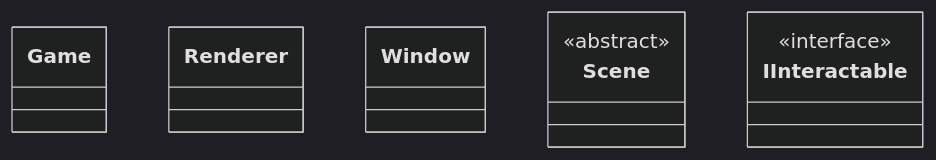
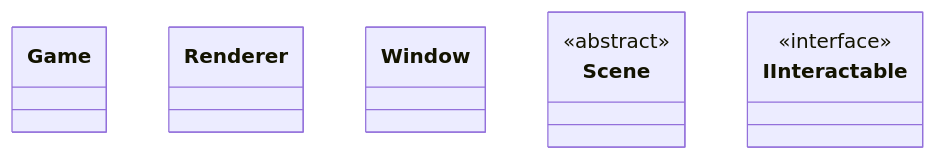
One commit to bartshin/KGA_OOPConsoleProject changed the diagram in README.md. Above: the diagram before and after it, drawn with Mermaid.

````diff
--- a/README.md
+++ b/README.md
@@ -54,22 +54,21 @@
 ```mermaid
-%%{ init: { 'theme': 'dark' } }%%
 classDiagram
 
-	class Game {
-	
-	}
+  class Game {
+  
+  }
 
-	class Renderer {
-	}
+  class Renderer {
+  }
 	
   class Window {
   }
 
   class Scene {
 	<<abstract>>
   }
 
-	class IInteractable {
-	<<interface>>
-	}
+  class IInteractable {
+  <<interface>>
+  }
 ```
````
